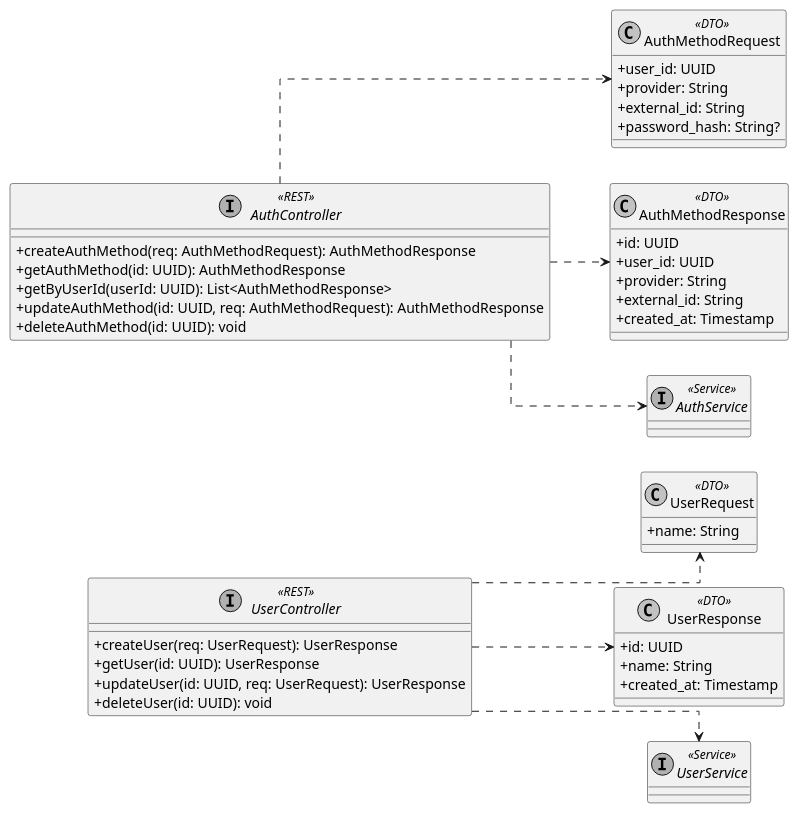
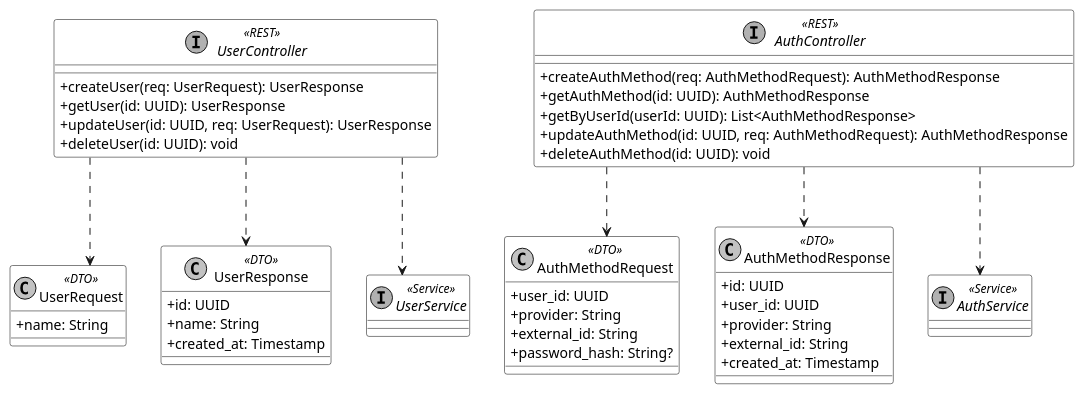
The diagram in diagrams/v2/class/classes_v2_controllers_user_auth.puml (Hohichh/Diploma-project-notes), drawn with PlantUML before and after one commit. The commit also changed 58 other files, not shown here.

```diff
--- a/diagrams/v2/class/classes_v2_controllers_user_auth.puml
+++ b/diagrams/v2/class/classes_v2_controllers_user_auth.puml
@@ -1,60 +1,64 @@
 @startuml
 skinparam monochrome true
 skinparam shadowing false
 skinparam defaultFontName Arial
 skinparam classAttributeIconSize 0
 skinparam linetype ortho
-left to right direction
+skinparam classBackgroundColor transparent
+skinparam classBorderColor black
+skinparam classAttributeBackgroundColor transparent
+skinparam backgroundColor transparent
+
 
 class UserRequest <<DTO>> {
     + name: String
 }
 
 class UserResponse <<DTO>> {
     + id: UUID
     + name: String
     + created_at: Timestamp
 }
 
 class AuthMethodRequest <<DTO>> {
     + user_id: UUID
     + provider: String
     + external_id: String
     + password_hash: String?
 }
 
 class AuthMethodResponse <<DTO>> {
     + id: UUID
     + user_id: UUID
     + provider: String
     + external_id: String
     + created_at: Timestamp
 }
 
 interface UserController <<REST>> {
     + createUser(req: UserRequest): UserResponse
     + getUser(id: UUID): UserResponse
     + updateUser(id: UUID, req: UserRequest): UserResponse
     + deleteUser(id: UUID): void
 }
 
 interface AuthController <<REST>> {
     + createAuthMethod(req: AuthMethodRequest): AuthMethodResponse
     + getAuthMethod(id: UUID): AuthMethodResponse
     + getByUserId(userId: UUID): List<AuthMethodResponse>
     + updateAuthMethod(id: UUID, req: AuthMethodRequest): AuthMethodResponse
     + deleteAuthMethod(id: UUID): void
 }
 
 interface UserService <<Service>>
 interface AuthService <<Service>>
 
 UserController ..> UserRequest
 UserController ..> UserResponse
 UserController ..> UserService
 
 AuthController ..> AuthMethodRequest
 AuthController ..> AuthMethodResponse
 AuthController ..> AuthService
 
 @enduml
```
